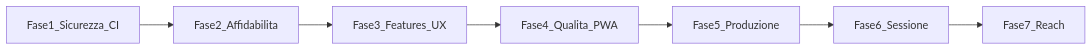
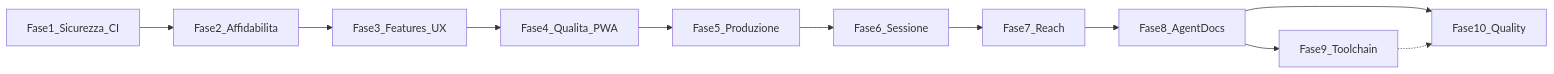
The diagram in docs/ROADMAP.md (edar-dev/SpritzPlanning), drawn with Mermaid before and after one commit. The commit also changed other lines of this file and 22 other files, not shown here.

````diff
--- a/docs/ROADMAP.md
+++ b/docs/ROADMAP.md
@@ -13,21 +13,26 @@
 ```mermaid
 
 flowchart LR
 
   P1[Fase1_Sicurezza_CI]
 
   P2[Fase2_Affidabilita]
 
   P3[Fase3_Features_UX]
 
   P4[Fase4_Qualita_PWA]
 
   P5[Fase5_Produzione]
 
   P6[Fase6_Sessione]
 
   P7[Fase7_Reach]
+  P8[Fase8_AgentDocs]
+  P9[Fase9_Toolchain]
+  P10[Fase10_Quality]
 
-  P1 --> P2 --> P3 --> P4 --> P5 --> P6 --> P7
+  P1 --> P2 --> P3 --> P4 --> P5 --> P6 --> P7 --> P8 --> P9
+  P8 --> P10
+  P9 -.-> P10
 
 ```
````
